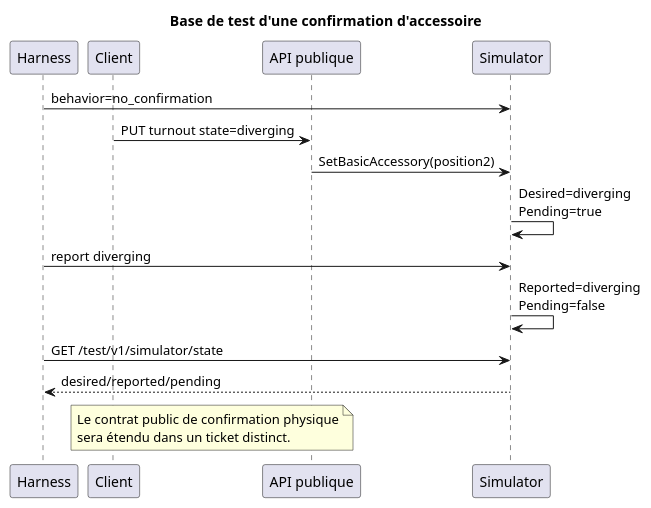
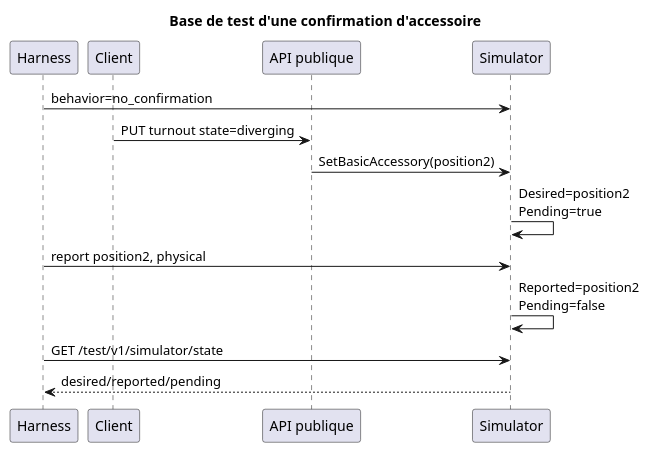
The seventh of 10 diagrams in docs/CLIENT_SIMULATOR_GUIDE.md (agm650/TrainPilot-server), drawn with PlantUML before and after one commit. The commit also changed other lines of this file and 40 other files, not shown here.

````diff
--- a/docs/CLIENT_SIMULATOR_GUIDE.md
+++ b/docs/CLIENT_SIMULATOR_GUIDE.md
@@ -994,24 +992,20 @@
 ```plantuml
 @startuml
 title Base de test d'une confirmation d'accessoire
 
 participant Harness
 participant Client
 participant "API publique" as API
 participant Simulator
 
 Harness -> Simulator : behavior=no_confirmation
 Client -> API : PUT turnout state=diverging
 API -> Simulator : SetBasicAccessory(position2)
-Simulator -> Simulator : Desired=diverging\nPending=true
-Harness -> Simulator : report diverging
-Simulator -> Simulator : Reported=diverging\nPending=false
+Simulator -> Simulator : Desired=position2\nPending=true
+Harness -> Simulator : report position2, physical
+Simulator -> Simulator : Reported=position2\nPending=false
 Harness -> Simulator : GET /test/v1/simulator/state
 Simulator --> Harness : desired/reported/pending
 
-note over Client,API
-  Le contrat public de confirmation physique
-  sera étendu dans un ticket distinct.
-end note
 @enduml
 ```
````
